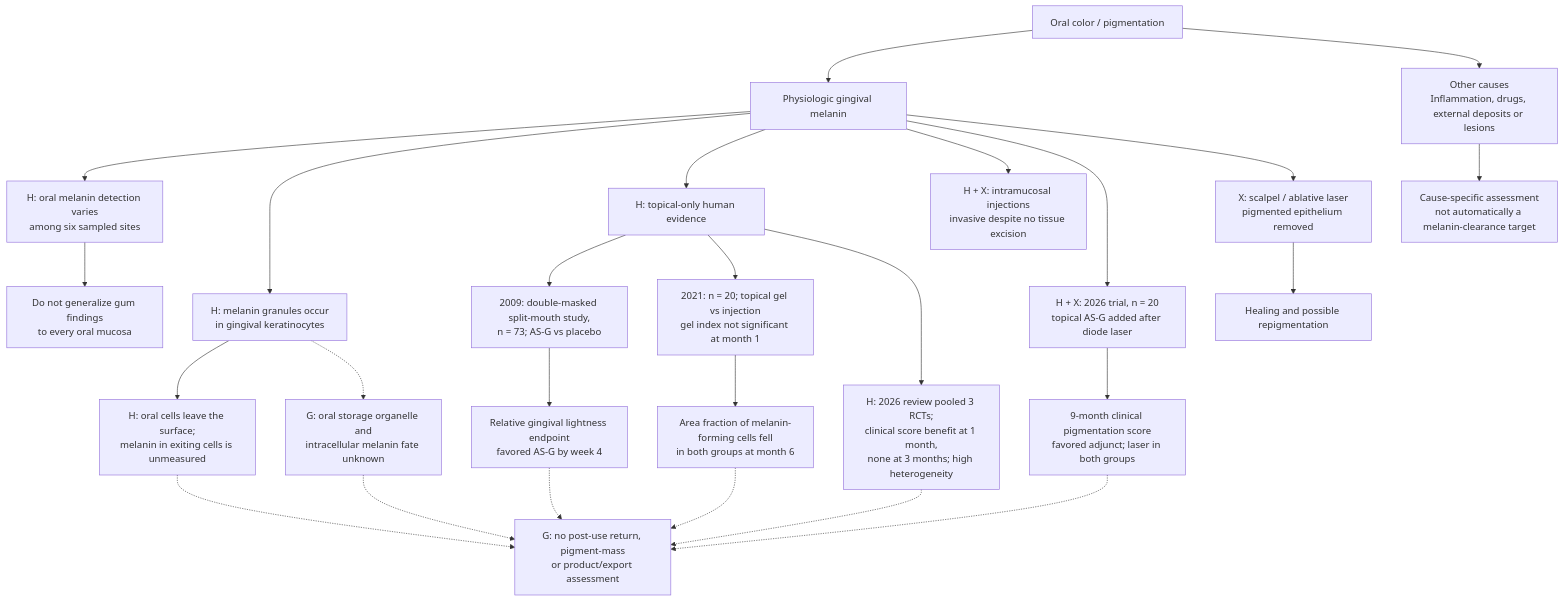
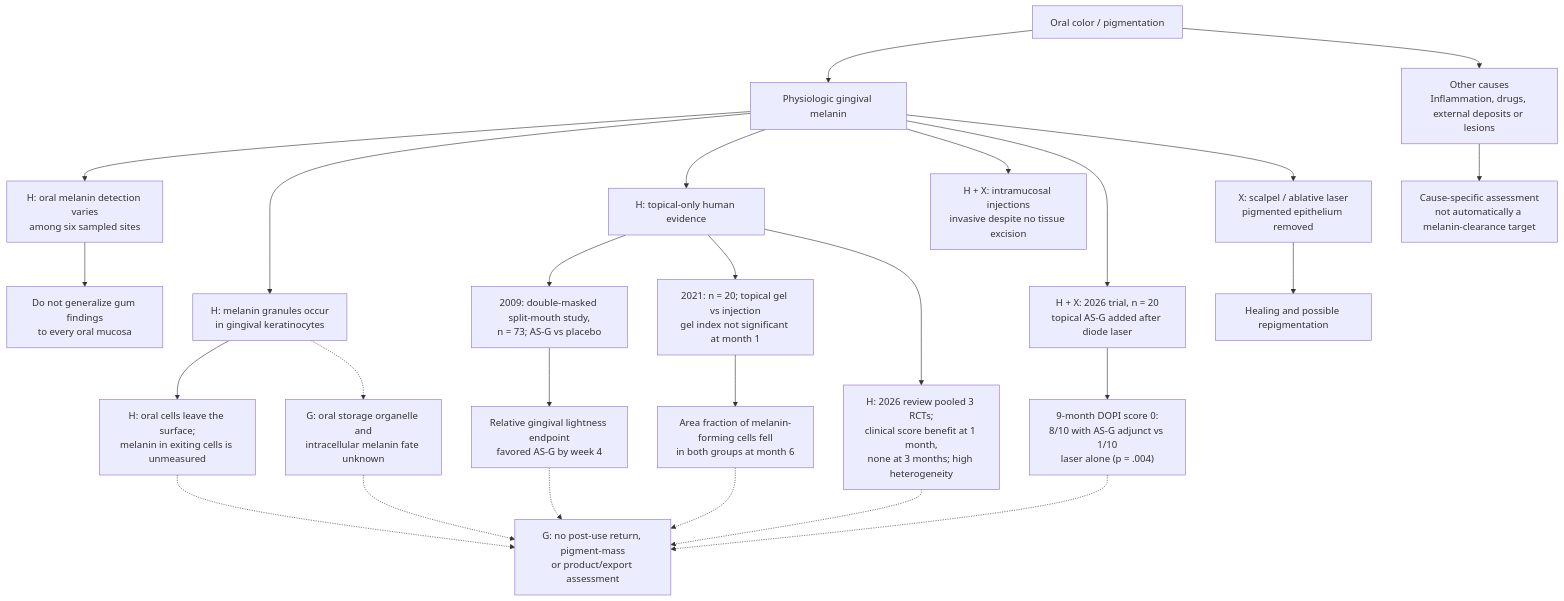
Before and after one commit to dylanstechmann/iris-color-without-contacts: diagram 11 of 40 in research/tissue-pigment-atlas.md, drawn with Mermaid. The commit also changed other lines of this file, not shown here.

Commit message:
Quantify 2026 gingival adjunct trial in atlas

````diff
--- a/research/tissue-pigment-atlas.md
+++ b/research/tissue-pigment-atlas.md
@@ -326,28 +326,28 @@
 ```mermaid
 flowchart TD
     A["Oral color / pigmentation"] --> B["Physiologic gingival melanin"]
     A --> C["Other causes<br/>Inflammation, drugs, external deposits or lesions"]
     B --> V["H: oral melanin detection varies<br/>among six sampled sites"]
     B --> ORAL["H: melanin granules occur<br/>in gingival keratinocytes"]
     ORAL --> SHED["H: oral cells leave the surface;<br/>melanin in exiting cells is unmeasured"]
     ORAL -.-> ORG["G: oral storage organelle and<br/>intracellular melanin fate unknown"]
     SHED -.-> G
     ORG -.-> G
     V --> X["Do not generalize gum findings<br/>to every oral mucosa"]
     B --> TP["H: topical-only human evidence"]
     TP --> T1["2009: double-masked split-mouth study,<br/>n = 73; AS-G vs placebo"]
     T1 --> T2["Relative gingival lightness endpoint<br/>favored AS-G by week 4"]
     TP --> T3["2021: n = 20; topical gel vs injection<br/>gel index not significant at month 1"]
     T3 --> T4["Area fraction of melanin-forming cells fell<br/>in both groups at month 6"]
     TP --> REV["H: 2026 review pooled 3 RCTs;<br/>clinical score benefit at 1 month,<br/>none at 3 months; high heterogeneity"]
     REV -.-> G
     T2 -.-> G["G: no post-use return, pigment-mass<br/>or product/export assessment"]
     T4 -.-> G
     B --> I["H + X: intramucosal injections<br/>invasive despite no tissue excision"]
     B --> L["H + X: 2026 trial, n = 20<br/>topical AS-G added after diode laser"]
-    L --> D9["9-month clinical pigmentation score<br/>favored adjunct; laser in both groups"]
+    L --> D9["9-month DOPI score 0:<br/>8/10 with AS-G adjunct vs 1/10<br/>laser alone (p = .004)"]
     D9 -.-> G
     B --> S["X: scalpel / ablative laser<br/>pigmented epithelium removed"]
     S --> R["Healing and possible repigmentation"]
     C --> O["Cause-specific assessment<br/>not automatically a melanin-clearance target"]
 ```
````
